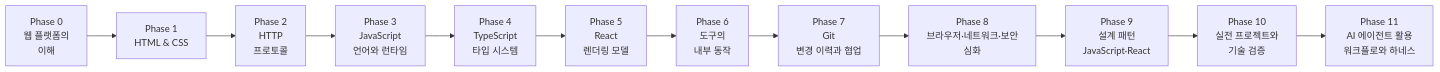
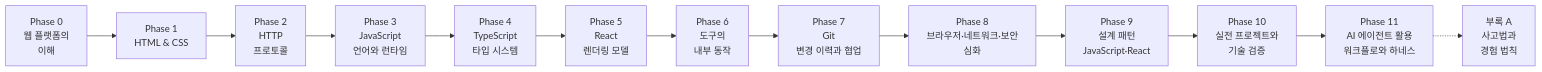
The diagram in ROADMAP.md (lee-gyu/web-fe-roadmap-study), drawn with Mermaid before and after one commit. The commit also changed other lines of this file, not shown here.

Commit message:
add appendix-a into ROADMAP

````diff
--- a/ROADMAP.md
+++ b/ROADMAP.md
@@ -30,14 +30,15 @@
 ```mermaid
 flowchart LR
     P0["Phase 0<br/>웹 플랫폼의<br/>이해"] --> P1["Phase 1<br/>HTML & CSS"]
     P1 --> P2["Phase 2<br/>HTTP<br/>프로토콜"]
     P2 --> P3["Phase 3<br/>JavaScript<br/>언어와 런타임"]
     P3 --> P4["Phase 4<br/>TypeScript<br/>타입 시스템"]
     P4 --> P5["Phase 5<br/>React<br/>렌더링 모델"]
     P5 --> P6["Phase 6<br/>도구의<br/>내부 동작"]
     P6 --> P7["Phase 7<br/>Git<br/>변경 이력과 협업"]
     P7 --> P8["Phase 8<br/>브라우저·네트워크·보안<br/>심화"]
     P8 --> P9["Phase 9<br/>설계 패턴<br/>JavaScript·React"]
     P9 --> P10["Phase 10<br/>실전 프로젝트와<br/>기술 검증"]
     P10 --> P11["Phase 11<br/>AI 에이전트 활용<br/>워크플로와 하네스"]
+    P11 -.-> A1["부록 A<br/>사고법과<br/>경험 법칙"]
 ```
````
